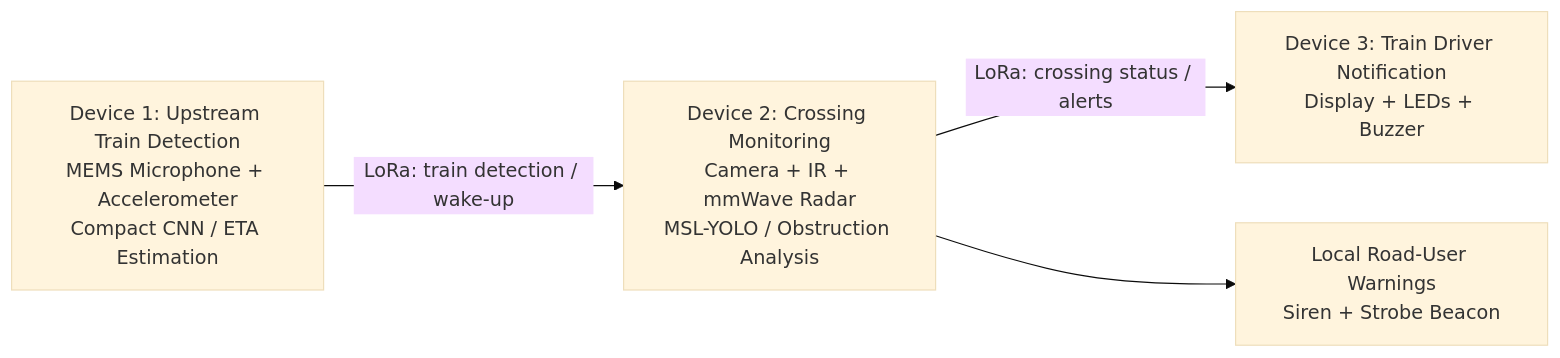
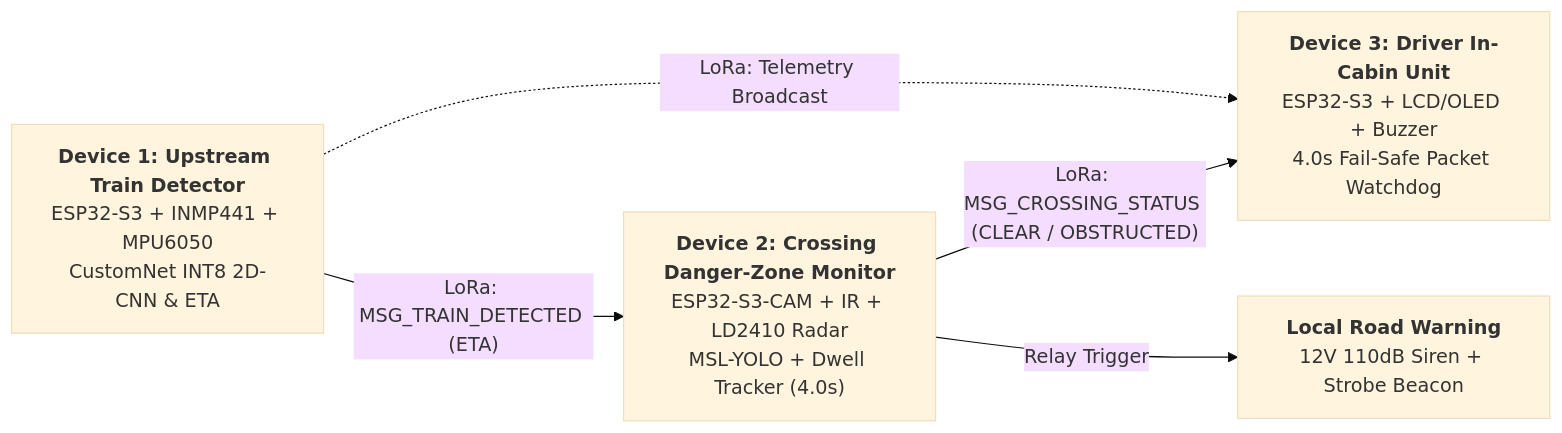
Before and after one commit to ayeshanweerasuriya/G42-EER6689-DEEP: the diagram in README.md, drawn with Mermaid (base theme). The commit also changed other lines of this file and 12 other files, not shown here.

Commit message:
feat(init): scaffold 3-node edge-interlocking repository and architecture docs

````diff
--- a/README.md
+++ b/README.md
@@ -50,11 +26,12 @@
 ```mermaid
 flowchart LR
-    A["Device 1: Upstream Train Detection<br/>MEMS Microphone + Accelerometer<br/>Compact CNN / ETA Estimation"]
-    B["Device 2: Crossing Monitoring<br/>Camera + IR + mmWave Radar<br/>MSL-YOLO / Obstruction Analysis"]
-    C["Device 3: Train Driver Notification<br/>Display + LEDs + Buzzer"]
-    W["Local Road-User Warnings<br/>Siren + Strobe Beacon"]
+    D1["<b>Device 1: Upstream Train Detector</b><br/>ESP32-S3 + INMP441 + MPU6050<br/>CustomNet INT8 2D-CNN & ETA"]
+    D2["<b>Device 2: Crossing Danger-Zone Monitor</b><br/>ESP32-S3-CAM + IR + LD2410 Radar<br/>MSL-YOLO + Dwell Tracker (4.0s)"]
+    D3["<b>Device 3: Driver In-Cabin Unit</b><br/>ESP32-S3 + LCD/OLED + Buzzer<br/>4.0s Fail-Safe Packet Watchdog"]
+    W["<b>Local Road Warning</b><br/>12V 110dB Siren + Strobe Beacon"]
 
-    A -- "LoRa: train detection / wake-up" --> B
-    B -- "LoRa: crossing status / alerts" --> C
-    B --> W
+    D1 -- "LoRa: MSG_TRAIN_DETECTED (ETA)" --> D2
+    D1 -. "LoRa: Telemetry Broadcast" .-> D3
+    D2 -- "LoRa: MSG_CROSSING_STATUS (CLEAR / OBSTRUCTED)" --> D3
+    D2 -->|Relay Trigger| W
 ```
````
